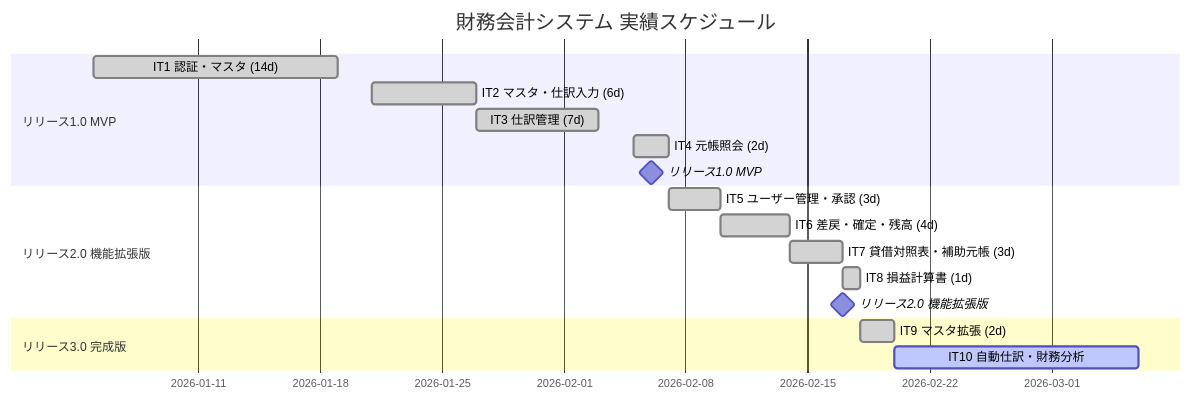
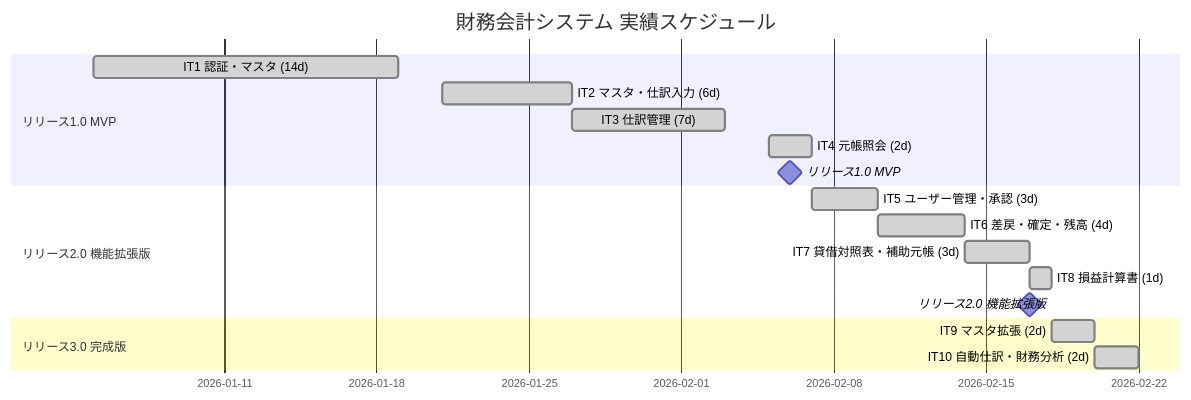
The fifth of 6 diagrams in docs/development/release_plan.md (k2works/case-study-accounting), drawn with Mermaid before and after one commit. The commit also changed other lines of this file, not shown here.

````diff
--- a/docs/development/release_plan.md
+++ b/docs/development/release_plan.md
@@ -293,23 +293,23 @@
 ```mermaid
 gantt
     title 財務会計システム 実績スケジュール
     dateFormat  YYYY-MM-DD
 
     section リリース1.0 MVP
     IT1 認証・マスタ (14d)     :done, a1, 2026-01-05, 14d
     IT2 マスタ・仕訳入力 (6d)  :done, a2, 2026-01-21, 6d
     IT3 仕訳管理 (7d)          :done, a3, 2026-01-27, 7d
     IT4 元帳照会 (2d)          :done, a4, 2026-02-05, 2d
     リリース1.0 MVP            :milestone, ma1, 2026-02-06, 0d
 
     section リリース2.0 機能拡張版
     IT5 ユーザー管理・承認 (3d) :done, a5, 2026-02-07, 3d
     IT6 差戻・確定・残高 (4d)   :done, a6, 2026-02-10, 4d
     IT7 貸借対照表・補助元帳 (3d) :done, a7, 2026-02-14, 3d
     IT8 損益計算書 (1d)          :done, a8, 2026-02-17, 1d
     リリース2.0 機能拡張版      :milestone, ma2, 2026-02-17, 0d
 
     section リリース3.0 完成版
     IT9 マスタ拡張 (2d)          :done, a9, 2026-02-18, 2d
-    IT10 自動仕訳・財務分析       :active, a10, 2026-02-20, 14d
+    IT10 自動仕訳・財務分析 (2d)   :done, a10, 2026-02-20, 2d
 ```
````
